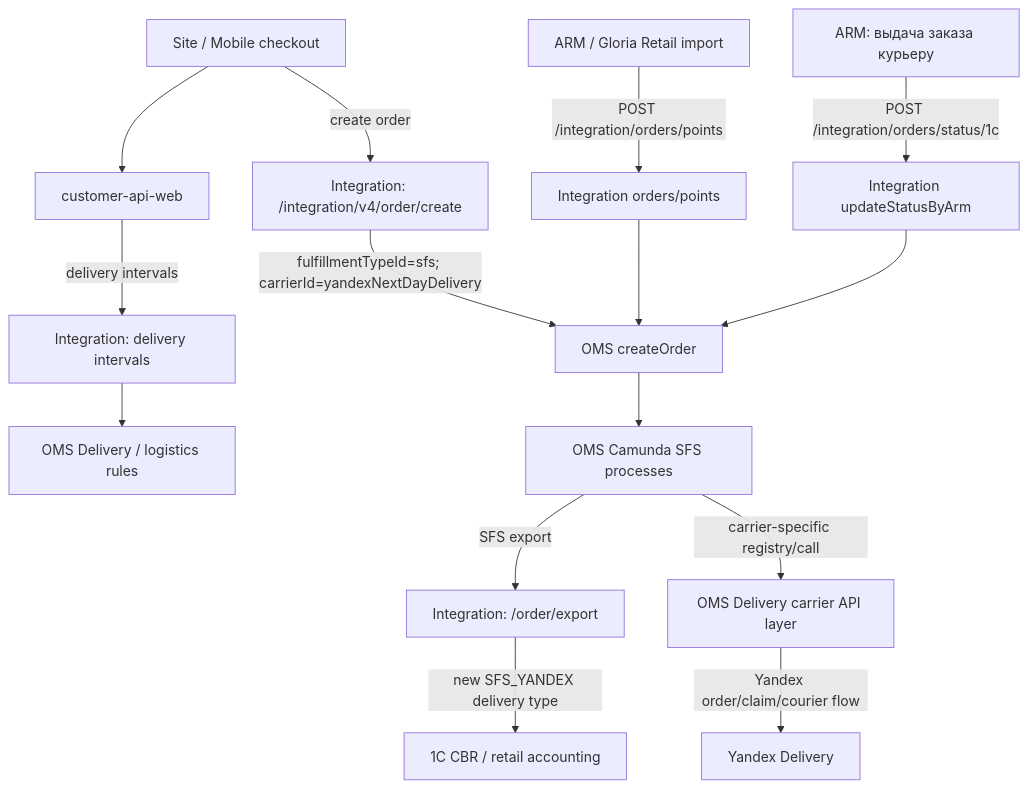
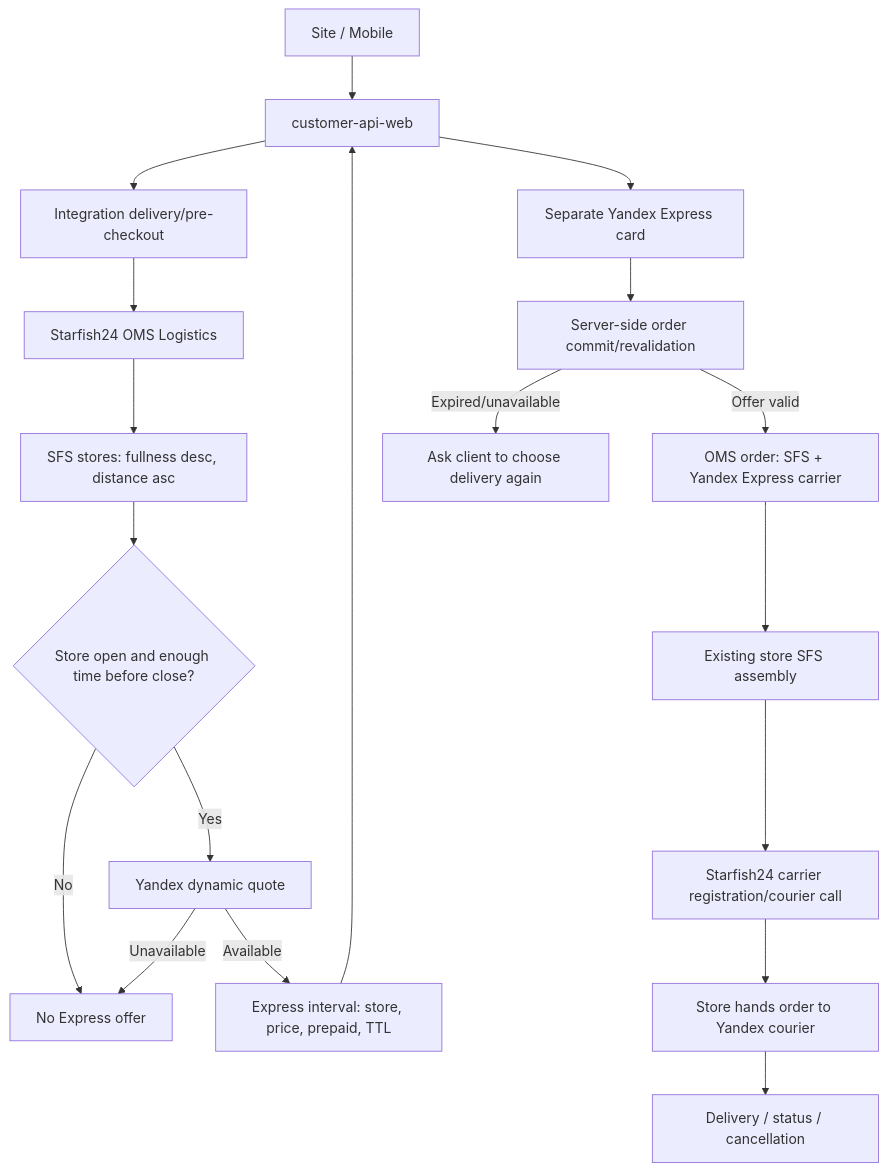
One commit to AntonovAleksandr/orchestration_fraimwork changed the diagram in docs/research/yandex-express/sfs-yandex-target-process.md. Above: the diagram before and after it, drawn with Mermaid. The commit also changed other lines of this file and 31 other files, not shown here.

````diff
--- a/docs/research/yandex-express/sfs-yandex-target-process.md
+++ b/docs/research/yandex-express/sfs-yandex-target-process.md
@@ -23,21 +39,21 @@
 ```mermaid
 flowchart TD
-    CHK["Site / Mobile checkout"] --> CAW["customer-api-web"]
-    CAW -->|"delivery intervals"| IS_INT["Integration: delivery intervals"]
-    IS_INT --> OMS_DELIVERY["OMS Delivery / logistics rules"]
-
-    CHK -->|"create order"| IS_CREATE["Integration: /integration/v4/order/create"]
-    IS_CREATE -->|"fulfillmentTypeId=sfs; carrierId=yandexNextDayDelivery"| OMS_ORDER["OMS createOrder"]
-
-    OMS_ORDER --> BPMN["OMS Camunda SFS processes"]
-    BPMN -->|"SFS export"| IS_EXPORT["Integration: /order/export"]
-    IS_EXPORT -->|"new SFS_YANDEX delivery type"| CBR["1C CBR / retail accounting"]
-
-    BPMN -->|"carrier-specific registry/call"| OMS_CARRIER["OMS Delivery carrier API layer"]
-    OMS_CARRIER -->|"Yandex order/claim/courier flow"| YANDEX["Yandex Delivery"]
-
-    ARM_PULL["ARM / Gloria Retail import"] -->|"POST /integration/orders/points"| IS_POINTS["Integration orders/points"]
-    IS_POINTS --> OMS_ORDER
-    ARM_UI["ARM: выдача заказа курьеру"] -->|"POST /integration/orders/status/1c"| IS_STATUS["Integration updateStatusByArm"]
-    IS_STATUS --> OMS_ORDER
+    U["Site / Mobile"] --> BFF["customer-api-web"]
+    BFF --> INT["Integration delivery/pre-checkout"]
+    INT --> OMSL["Starfish24 OMS Logistics"]
+    OMSL --> RANK["SFS stores: fullness desc, distance asc"]
+    RANK --> HOURS{"Store open and enough time before close?"}
+    HOURS -->|No| NOFFER["No Express offer"]
+    HOURS -->|Yes| YQ["Yandex dynamic quote"]
+    YQ -->|Unavailable| NOFFER
+    YQ -->|Available| OFFER["Express interval: store, price, prepaid, TTL"]
+    OFFER --> BFF
+    BFF --> CARD["Separate Yandex Express card"]
+    CARD --> COMMIT["Server-side order commit/revalidation"]
+    COMMIT -->|Offer valid| OMSO["OMS order: SFS + Yandex Express carrier"]
+    COMMIT -->|Expired/unavailable| UX["Ask client to choose delivery again"]
+    OMSO --> STORE["Existing store SFS assembly"]
+    STORE --> YC["Starfish24 carrier registration/courier call"]
+    YC --> HANDOVER["Store hands order to Yandex courier"]
+    HANDOVER --> DELIVERY["Delivery / status / cancellation"]
 ```
````
